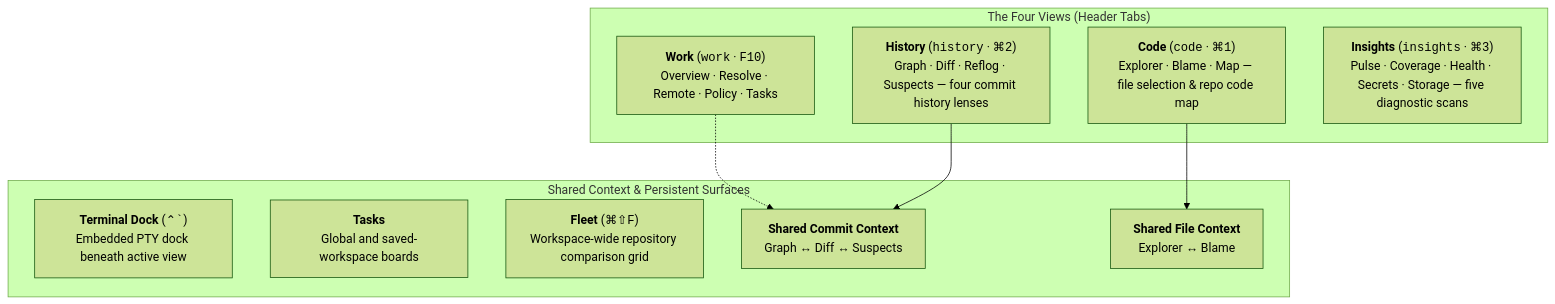
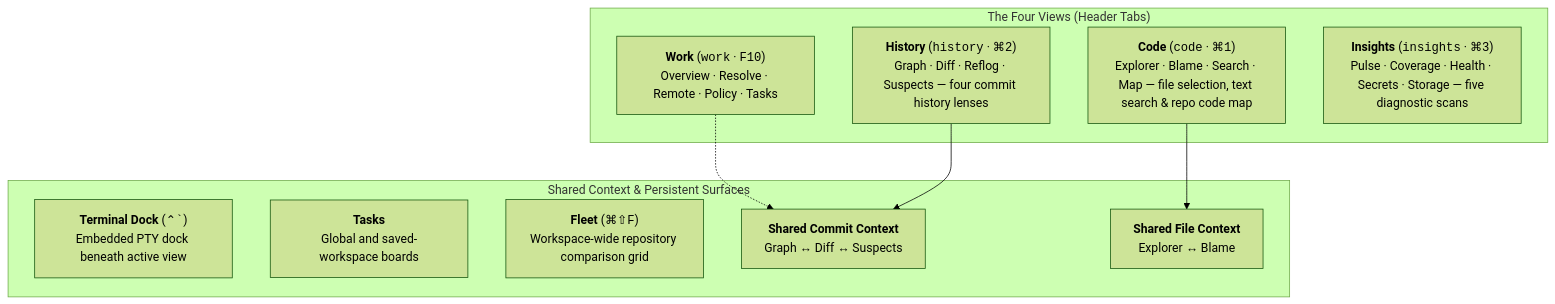
Before and after one commit to bharathvbcr/GitPulse: the first of 5 diagrams in FEATURES.md, drawn with Mermaid (forest theme). The commit also changed other lines of this file and 14 other files, not shown here.

````diff
--- a/FEATURES.md
+++ b/FEATURES.md
@@ -26,21 +26,21 @@
 ```mermaid
 flowchart TD
     subgraph ViewGroup["The Four Views (Header Tabs)"]
         Work["<b>Work</b> (<code>work</code> · <code>F10</code>)<br/>Overview · Resolve · Remote · Policy · Tasks"]
-        Code["<b>Code</b> (<code>code</code> · <code>⌘1</code>)<br/>Explorer · Blame · Map — file selection & repo code map"]
+        Code["<b>Code</b> (<code>code</code> · <code>⌘1</code>)<br/>Explorer · Blame · Search · Map — file selection, text search & repo code map"]
         History["<b>History</b> (<code>history</code> · <code>⌘2</code>)<br/>Graph · Diff · Reflog · Suspects — four commit history lenses"]
         Insights["<b>Insights</b> (<code>insights</code> · <code>⌘3</code>)<br/>Pulse · Coverage · Health · Secrets · Storage — five diagnostic scans"]
     end
 
     subgraph CrossSurfaces["Shared Context & Persistent Surfaces"]
         Terminal["<b>Terminal Dock</b> (<code>⌃`</code>)<br/>Embedded PTY dock beneath active view"]
         Tasks["<b>Tasks</b><br/>Global and saved-workspace boards"]
         Fleet["<b>Fleet</b> (<code>⌘⇧F</code>)<br/>Workspace-wide repository comparison grid"]
         CommitContext["<b>Shared Commit Context</b><br/>Graph ↔ Diff ↔ Suspects"]
         FileContext["<b>Shared File Context</b><br/>Explorer ↔ Blame"]
     end
 
     Work -.-> CommitContext
     History --> CommitContext
     Code --> FileContext
 ```
````
